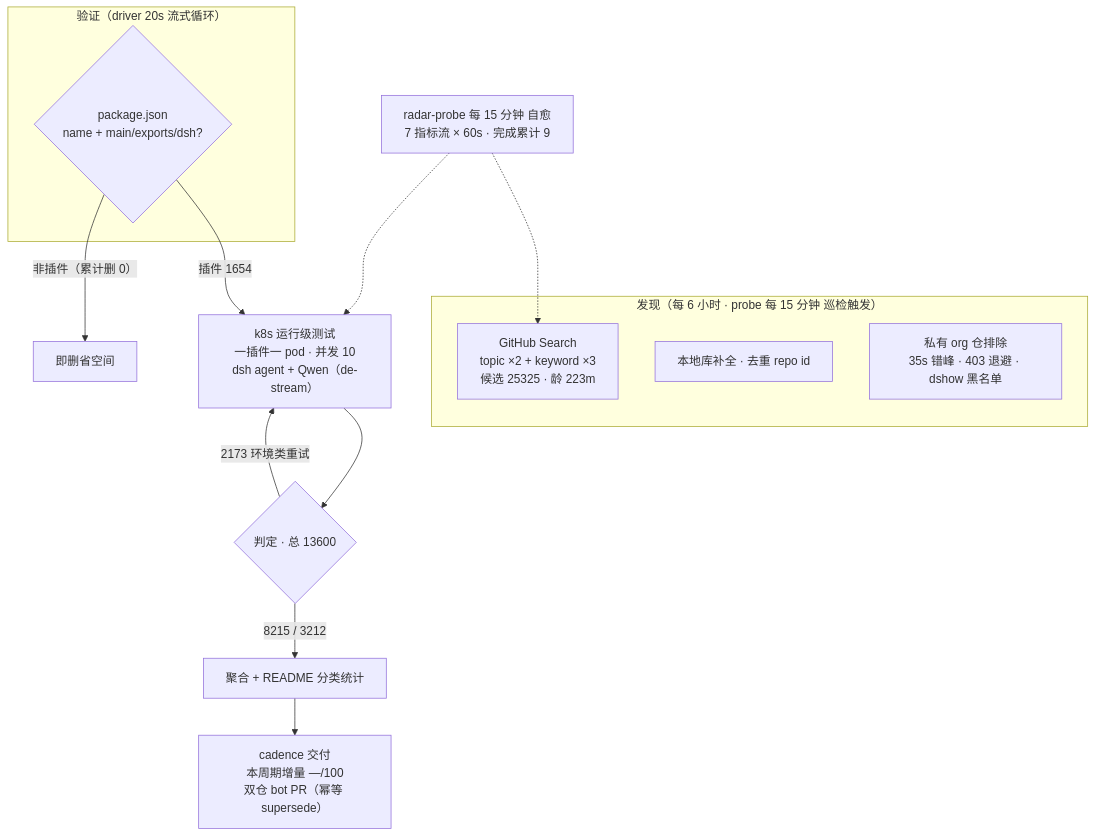
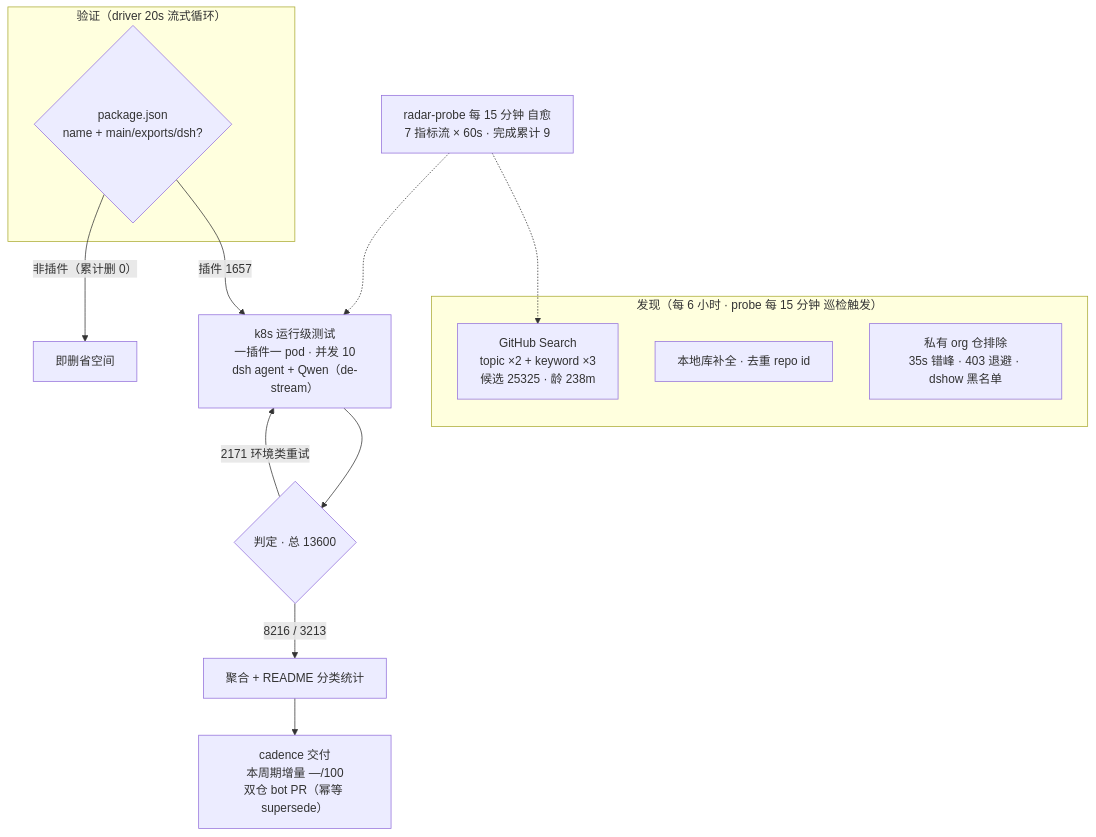
Before and after one commit to Zhidao-Lab-OSS/awesome-dsh-plugins: the diagram in README.md, drawn with Mermaid. The commit also changed other lines of this file and 1 other file, not shown here.

````diff
--- a/README.md
+++ b/README.md
@@ -99,20 +99,20 @@
 ```mermaid
 flowchart TB
     subgraph Discovery["发现（每 6 小时 · probe 每 15 分钟 巡检触发）"]
-        A1["GitHub Search<br/>topic ×2 + keyword ×3<br/>候选 25325 · 龄 223m"]
+        A1["GitHub Search<br/>topic ×2 + keyword ×3<br/>候选 25325 · 龄 238m"]
         A2["本地库补全 · 去重 repo id"]
         A3["私有 org 仓排除<br/>35s 错峰 · 403 退避 · dshow 黑名单"]
     end
     subgraph Validation["验证（driver 20s 流式循环）"]
         B1{"package.json<br/>name + main/exports/dsh?"}
     end
-    B1 -->|"插件 1654"| C1["k8s 运行级测试<br/>一插件一 pod · 并发 10<br/>dsh agent + Qwen（de-stream）"]
+    B1 -->|"插件 1657"| C1["k8s 运行级测试<br/>一插件一 pod · 并发 10<br/>dsh agent + Qwen（de-stream）"]
     B1 -->|"非插件（累计删 0）"| B3["即删省空间"]
     C1 --> D1{"判定 · 总 13600"}
-    D1 -->|"8215 / 3212"| E1["聚合 + README 分类统计"]
-    D1 -->|"2173 环境类重试"| C1
+    D1 -->|"8216 / 3213"| E1["聚合 + README 分类统计"]
+    D1 -->|"2171 环境类重试"| C1
     E1 --> E2["cadence 交付<br/>本周期增量 —/100<br/>双仓 bot PR（幂等 supersede）"]
     M["radar-probe 每 15 分钟 自愈<br/>7 指标流 × 60s · 完成累计 9"]
     M -.-> A1
     M -.-> C1
 ```
````
